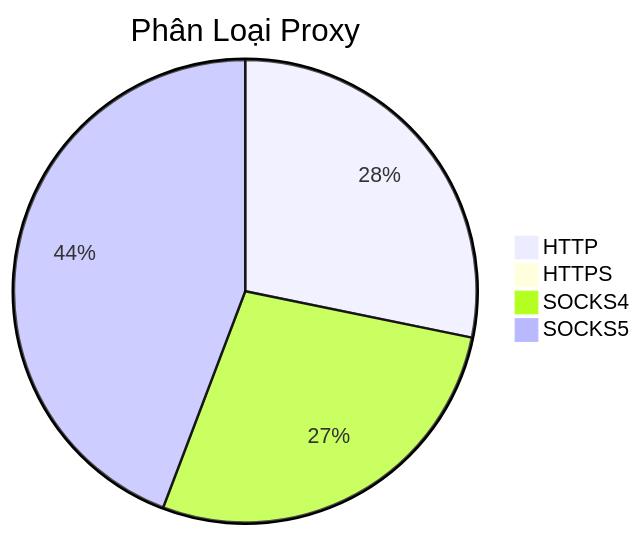
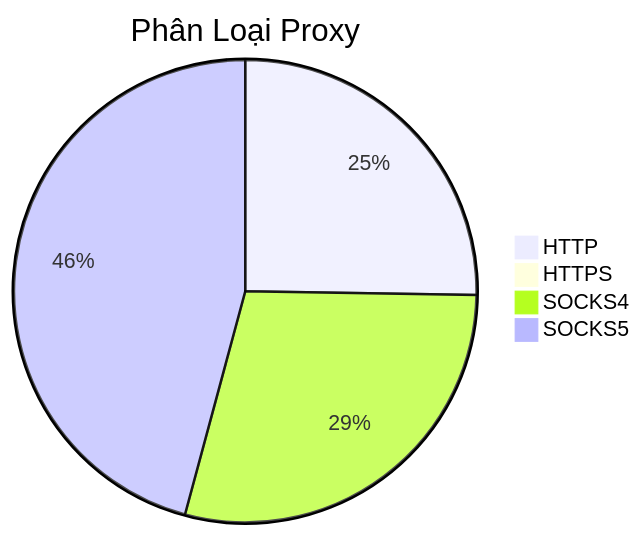
Before and after one commit to Ciara-12/PROXY-free: the diagram in README.md, drawn with Mermaid. The commit also changed other lines of this file and 4 other files, not shown here.

````diff
--- a/README.md
+++ b/README.md
@@ -26,7 +26,7 @@
 ```mermaid
 pie title Phân Loại Proxy
-    "HTTP" : 259
-    "HTTPS" : 3
-    "SOCKS4" : 253
-    "SOCKS5" : 406
+    "HTTP" : 310
+    "HTTPS" : 2
+    "SOCKS4" : 355
+    "SOCKS5" : 562
 ```
````
